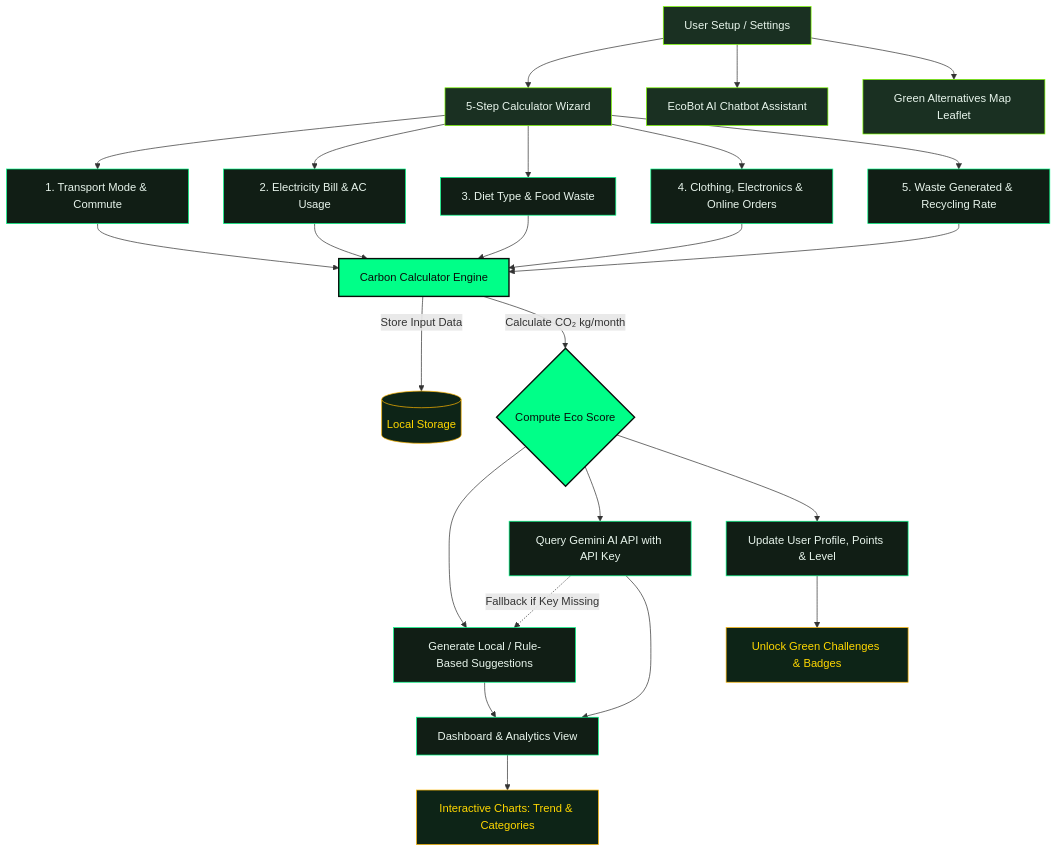
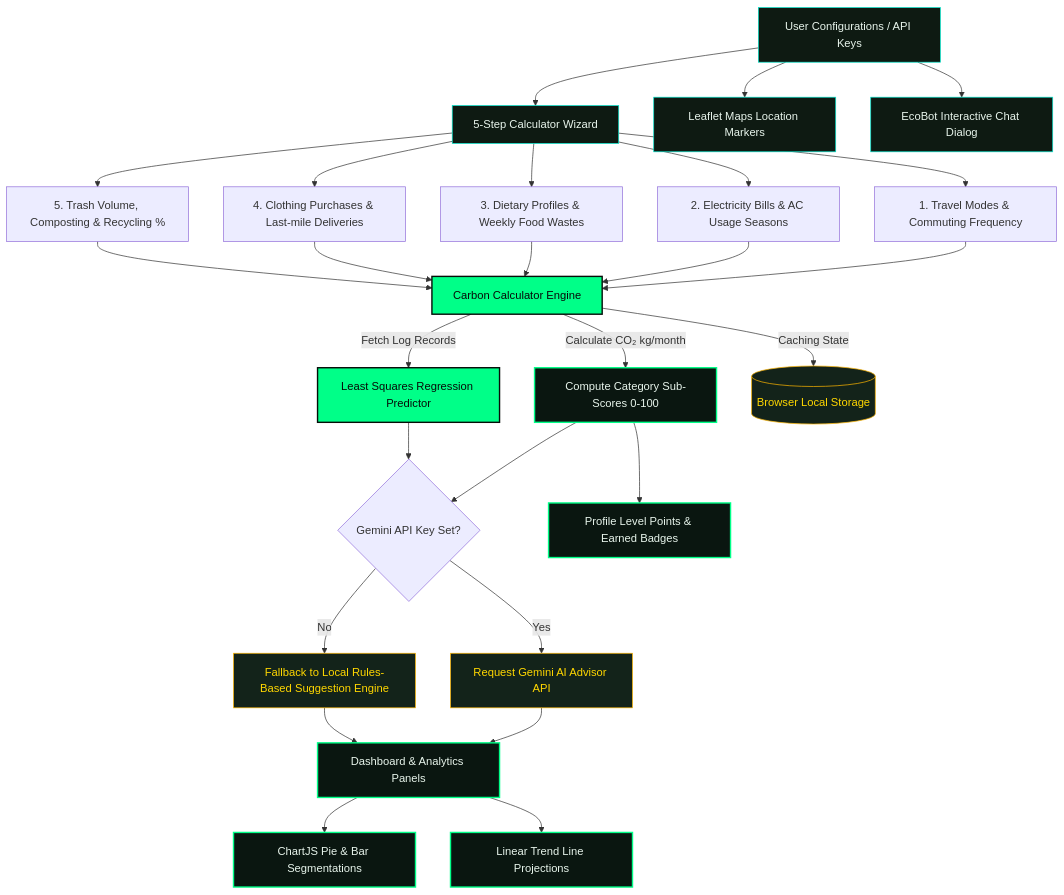
Before and after one commit to innocentgaming/ecotracknew: the diagram in README.md, drawn with Mermaid. The commit also changed other lines of this file and 17 other files, not shown here.

````diff
--- a/README.md
+++ b/README.md
@@ -11,43 +17,44 @@
 ```mermaid
 graph TD
-    %% Define styles
-    classDef default fill:#111e15,stroke:#00ff88,stroke-width:1px,color:#e8f5ec;
-    classDef highlight fill:#00ff88,stroke:#080f0a,stroke-width:2px,color:#080f0a;
-    classDef process fill:#1a3022,stroke:#7fff00,stroke-width:1px,color:#e8f5ec;
-    classDef data fill:#0d2417,stroke:#ffb700,stroke-width:1px,color:#ffd700;
+    %% Custom Styling
+    classDef main fill:#0a1610,stroke:#00ff88,stroke-width:2px,color:#e8f5ec;
+    classDef highlight fill:#00ff88,stroke:#060d08,stroke-width:2px,color:#060d08;
+    classDef process fill:#0e1a12,stroke:#00e5cc,stroke-width:1px,color:#e8f5ec;
+    classDef storage fill:#13231a,stroke:#ffb700,stroke-width:1px,color:#ffd700;
 
-    A[User Setup / Settings] --> B[5-Step Calculator Wizard]
+    A[User Configurations / API Keys] --> B[5-Step Calculator Wizard]
     
     %% Inputs
-    B --> B1[1. Transport Mode & Commute]
-    B --> B2[2. Electricity Bill & AC Usage]
-    B --> B3[3. Diet Type & Food Waste]
-    B --> B4[4. Clothing, Electronics & Online Orders]
-    B --> B5[5. Waste Generated & Recycling Rate]
+    B --> B1[1. Travel Modes & Commuting Frequency]
+    B --> B2[2. Electricity Bills & AC Usage Seasons]
+    B --> B3[3. Dietary Profiles & Weekly Food Wastes]
+    B --> B4[4. Clothing Purchases & Last-mile Deliveries]
+    B --> B5[5. Trash Volume, Composting & Recycling %]
     
     B1 & B2 & B3 & B4 & B5 --> C[Carbon Calculator Engine]
     
-    %% Storage & Calculations
-    C -->|Store Input Data| D[(Local Storage)]
-    C -->|Calculate CO₂ kg/month| E{Compute Eco Score}
+    %% Core Operations
+    C -->|Calculate CO₂ kg/month| D[Compute Category Sub-Scores 0-100]
+    C -->|Fetch Log Records| E[Least Squares Regression Predictor]
+    C -->|Caching State| F[(Browser Local Storage)]
     
-    %% Logic Pathways
-    E --> F[Generate Local / Rule-Based Suggestions]
-    E --> G[Query Gemini AI API with API Key]
+    %% Suggestions & Advisor
+    D & E --> G{Gemini API Key Set?}
+    G -->|Yes| H[Request Gemini AI Advisor API]
+    G -->|No| I[Fallback to Local Rules-Based Suggestion Engine]
     
-    G -.->|Fallback if Key Missing| F
+    %% Visual Output
+    H & I --> J[Dashboard & Analytics Panels]
+    D --> K[Profile Level Points & Earned Badges]
     
-    %% Outputs
-    F & G --> H[Dashboard & Analytics View]
-    E --> I[Update User Profile, Points & Level]
-    
-    %% Visual Modules
-    H --> H1[Interactive Charts: Trend & Categories]
-    I --> J[Unlock Green Challenges & Badges]
-    A --> K[EcoBot AI Chatbot Assistant]
-    A --> L[Green Alternatives Map Leaflet]
+    %% Interactive Views
+    J --> J1[ChartJS Pie & Bar Segmentations]
+    J --> J2[Linear Trend Line Projections]
+    A --> L[Leaflet Maps Location Markers]
+    A --> M[EcoBot Interactive Chat Dialog]
 
-    class A,B,K,L process;
     class C,E highlight;
-    class D,H1,J data;
+    class A,B,L,M process;
+    class D,J,J1,J2,K main;
+    class F,H,I storage;
 ```
````
